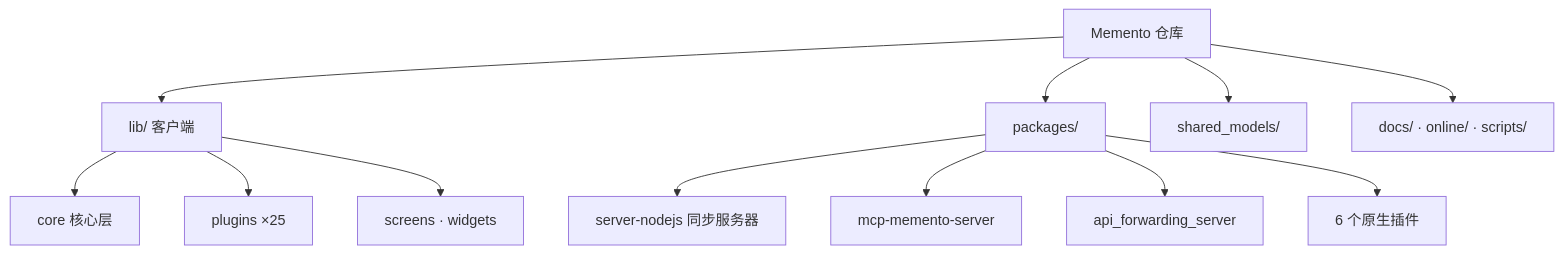
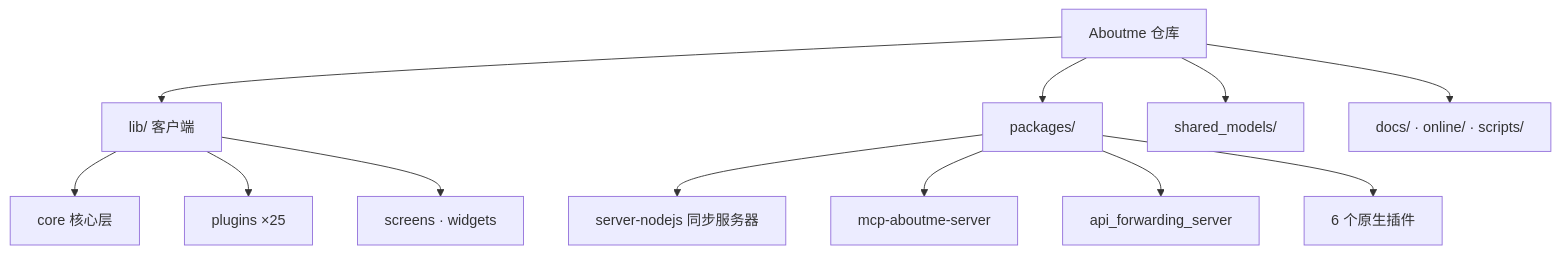
Before and after one commit to hunmer/about-me: the diagram in CLAUDE.md, drawn with Mermaid. The commit also changed other lines of this file and 1650 other files, not shown here.

````diff
--- a/CLAUDE.md
+++ b/CLAUDE.md
@@ -46,14 +46,14 @@
 ```mermaid
 graph TD
-    Root["Memento 仓库"] --> Lib["lib/ 客户端"]
+    Root["Aboutme 仓库"] --> Lib["lib/ 客户端"]
     Root --> Pkg["packages/"]
     Root --> Shared["shared_models/"]
     Root --> Docs["docs/ · online/ · scripts/"]
     Pkg --> Srv["server-nodejs 同步服务器"]
-    Pkg --> MCP["mcp-memento-server"]
+    Pkg --> MCP["mcp-aboutme-server"]
     Pkg --> FWD["api_forwarding_server"]
     Pkg --> Native["6 个原生插件"]
     Lib --> Core["core 核心层"]
     Lib --> Plugins["plugins ×25"]
     Lib --> UI["screens · widgets"]
 ```
````
